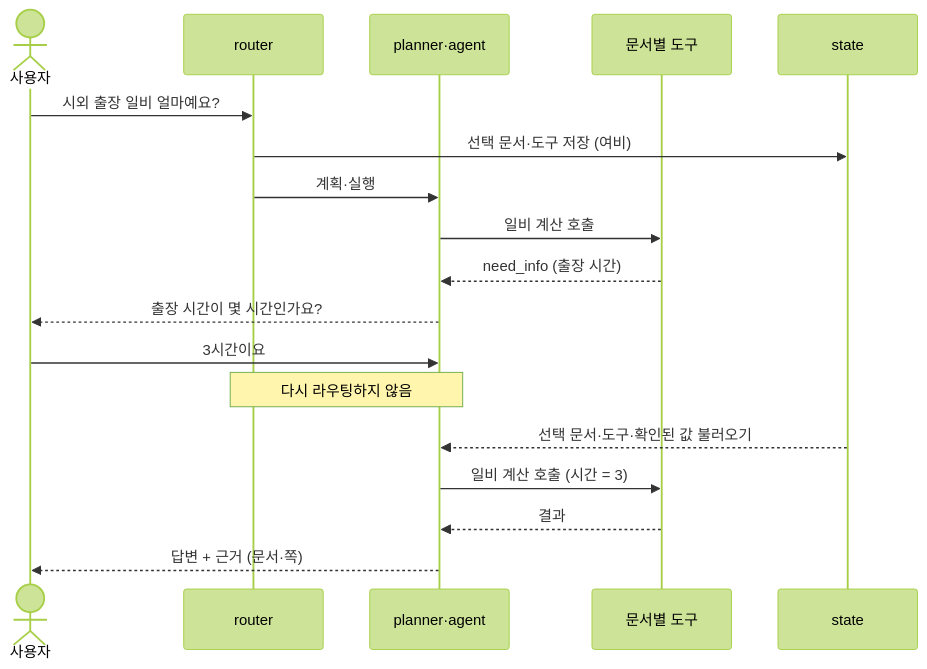
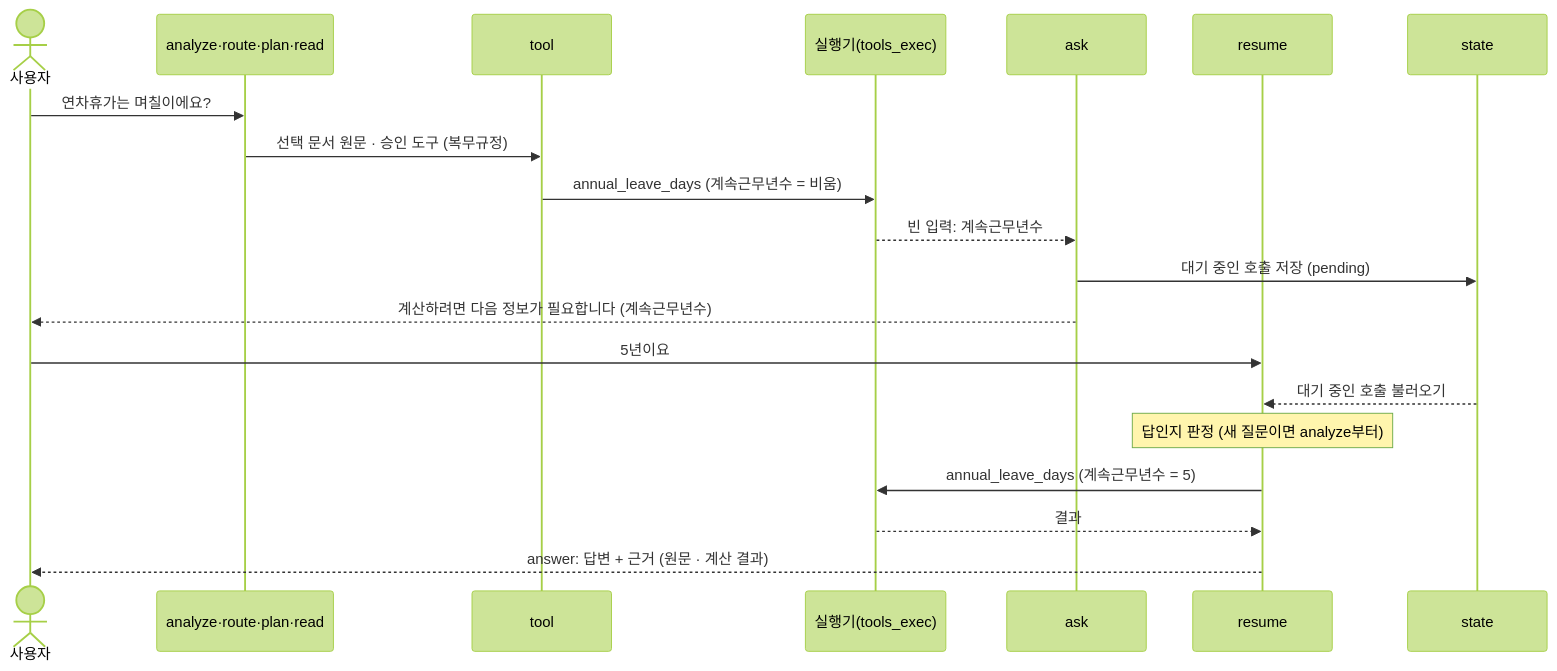
The fifth of 6 diagrams in docs/RAG_FLOW_OVERVIEW.md (bbangwon/kicox_poc), drawn with Mermaid (forest theme) before and after one commit. The commit also changed other lines of this file and 9 other files, not shown here.

````diff
--- a/docs/RAG_FLOW_OVERVIEW.md
+++ b/docs/RAG_FLOW_OVERVIEW.md
@@ -157,22 +154,24 @@
 ```mermaid
 sequenceDiagram
     actor U as 사용자
-    participant R as router
-    participant G as planner·agent
-    participant T as 문서별 도구
+    participant G as analyze·route·plan·read
+    participant T as tool
+    participant X as 실행기(tools_exec)
+    participant A as ask
+    participant R as resume
     participant S as state
 
-    U->>R: 시외 출장 일비 얼마예요?
-    R->>S: 선택 문서·도구 저장 (여비)
-    R->>G: 계획·실행
-    G->>T: 일비 계산 호출
-    T-->>G: need_info (출장 시간)
-    G-->>U: 출장 시간이 몇 시간인가요?
+    U->>G: 연차휴가는 며칠이에요?
+    G->>T: 선택 문서 원문 · 승인 도구 (복무규정)
+    T->>X: annual_leave_days (계속근무년수 = 비움)
+    X-->>A: 빈 입력: 계속근무년수
+    A->>S: 대기 중인 호출 저장 (pending)
+    A-->>U: 계산하려면 다음 정보가 필요합니다 (계속근무년수)
 
-    U->>G: 3시간이요
-    Note over R,G: 다시 라우팅하지 않음
-    S-->>G: 선택 문서·도구·확인된 값 불러오기
-    G->>T: 일비 계산 호출 (시간 = 3)
-    T-->>G: 결과
-    G-->>U: 답변 + 근거 (문서·쪽)
+    U->>R: 5년이요
+    S-->>R: 대기 중인 호출 불러오기
+    Note over R: 답인지 판정 (새 질문이면 analyze부터)
+    R->>X: annual_leave_days (계속근무년수 = 5)
+    X-->>R: 결과
+    R-->>U: answer: 답변 + 근거 (원문 · 계산 결과)
 ```
````
